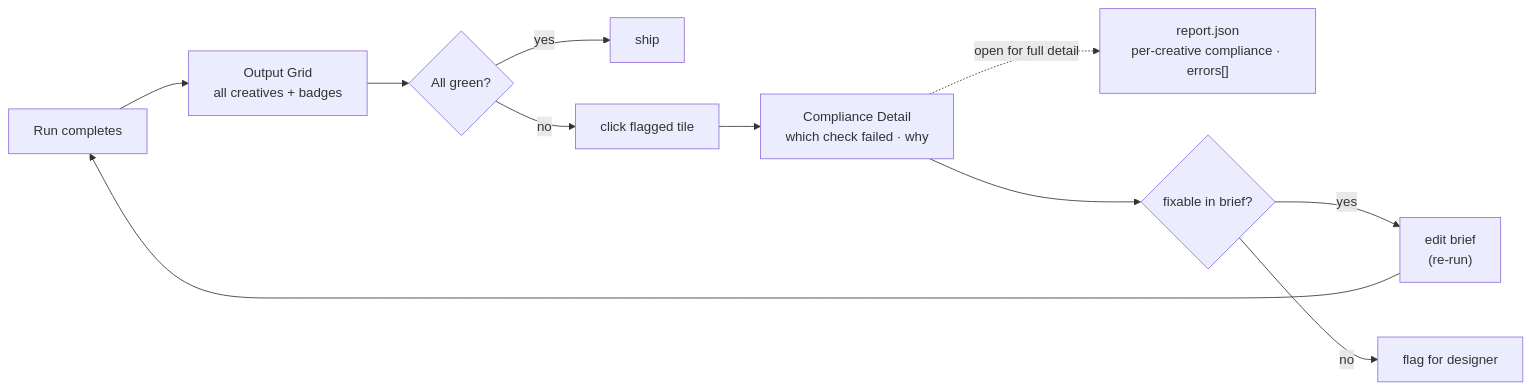
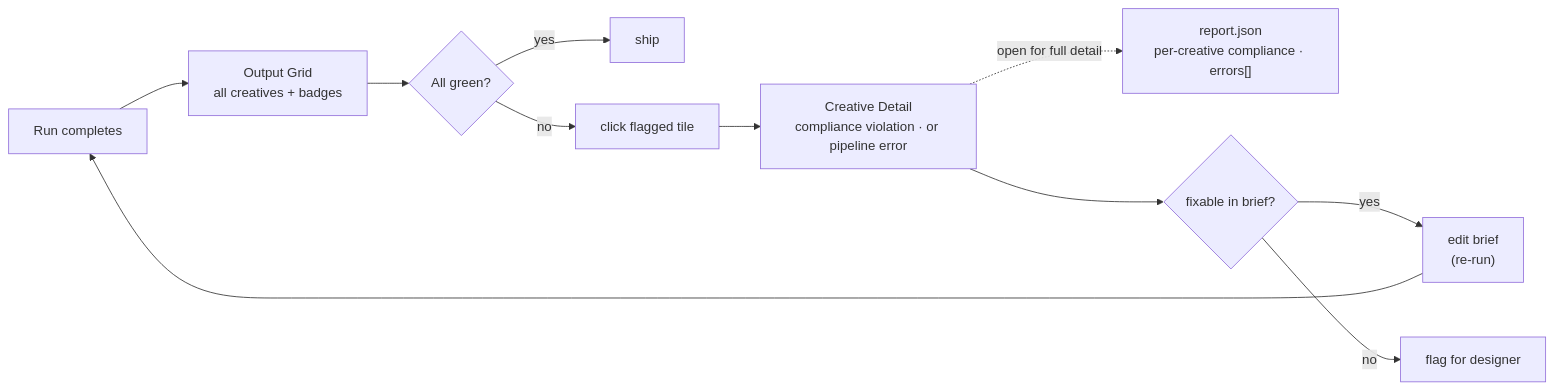
Before and after one commit to arndvs/cast: the fifth of 5 diagrams in docs/system-map.md, drawn with Mermaid. The commit also changed other lines of this file and 2 other files, not shown here.

Commit message:
docs: rename S4 to Creative Detail and close S3 Engage/Invite parity
S4 now serves dual modes (compliance violation OR pipeline error per
errors[]); 'Compliance Detail' misled in the error-mode case. Renames
the screen across flow-diagrams §1/§2/§3/§4 and system-map §5/§6 to
match the dual-mode body already in attributes-screen-requirements.md.

Also closes the S3 Invite/Engage parity gap: Invite now enumerates
both flagged-tile (compliance mode) and failed-tile (error mode)
transitions, matching the two click targets listed in Engage.

Story 2 verb 'read compliance detail' stays as-is in coverage tables
and user-stories — the verb is unchanged, only the screen name moves.

Mermaid blocks revalidated.

````diff
--- a/docs/system-map.md
+++ b/docs/system-map.md
@@ -254,13 +254,13 @@
 ```mermaid
 graph LR
     Done["Run completes"] --> Grid["Output Grid<br/>all creatives + badges"]
     Grid --> Scan{"All green?"}
     Scan -->|yes| Ship["ship"]
     Scan -->|no| Click["click flagged tile"]
-    Click --> Detail["Compliance Detail<br/>which check failed · why"]
+    Click --> Detail["Creative Detail<br/>compliance violation · or pipeline error"]
     Detail -.->|open for full detail| ReportFile["report.json<br/>per-creative compliance · errors[]"]
     Detail --> Decide{"fixable in brief?"}
     Decide -->|yes| EditBrief["edit brief<br/>(re-run)"]
     Decide -->|no| Escalate["flag for designer"]
     EditBrief --> Done
 ```
````
